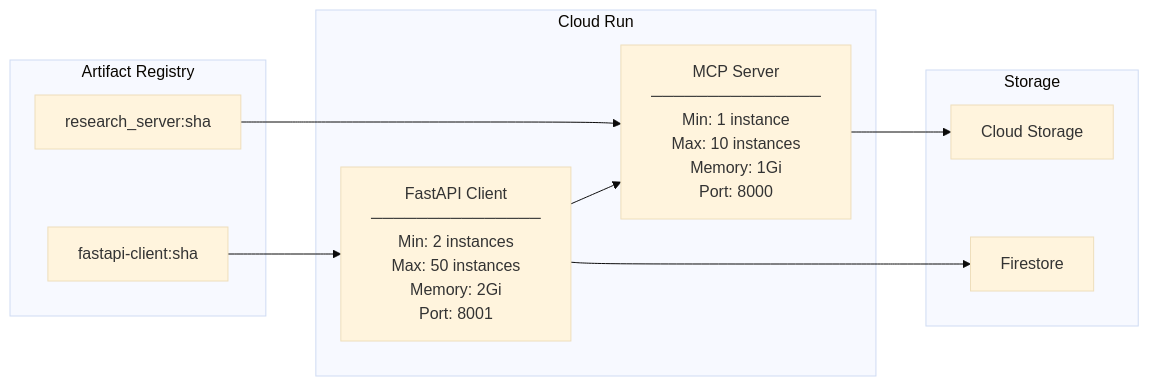
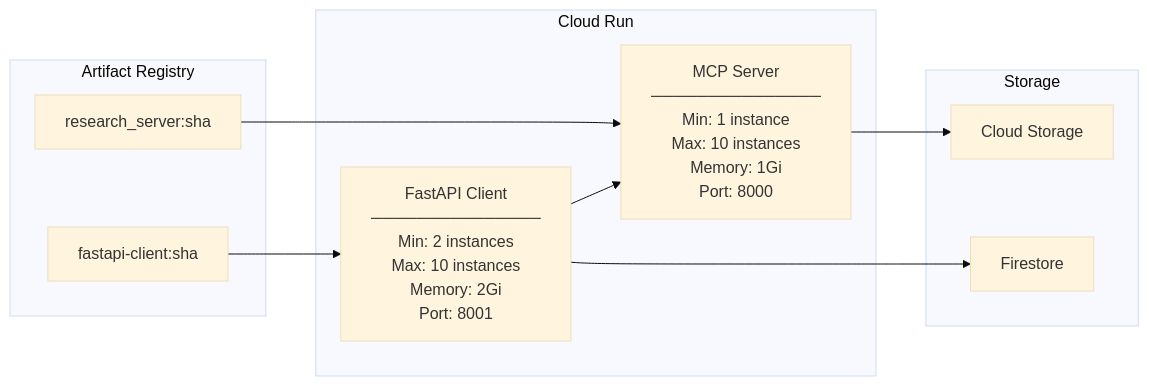
One commit to AvinashBolleddula/scholar-ai changed the fourth of 6 diagrams in README.md. Above: the diagram before and after it, drawn with Mermaid (base theme). The commit also changed other lines of this file, not shown here.

First line of the commit message:
Adjust auto-scaling limits from 50 to 10 instances

````diff
--- a/README.md
+++ b/README.md
@@ -488,23 +488,23 @@
 ```mermaid
 flowchart LR
     subgraph Artifact Registry
         IMG1["research_server:sha"]
         IMG2["fastapi-client:sha"]
     end
 
     subgraph Cloud Run
         MCP["MCP Server<br/>───────────────<br/>Min: 1 instance<br/>Max: 10 instances<br/>Memory: 1Gi<br/>Port: 8000"]
-        API["FastAPI Client<br/>───────────────<br/>Min: 2 instances<br/>Max: 50 instances<br/>Memory: 2Gi<br/>Port: 8001"]
+        API["FastAPI Client<br/>───────────────<br/>Min: 2 instances<br/>Max: 10 instances<br/>Memory: 2Gi<br/>Port: 8001"]
     end
 
     subgraph Storage
         GCS["Cloud Storage"]
         FS["Firestore"]
     end
 
     IMG1 --> MCP
     IMG2 --> API
     MCP --> GCS
     API --> FS
     API --> MCP
 ```
````
